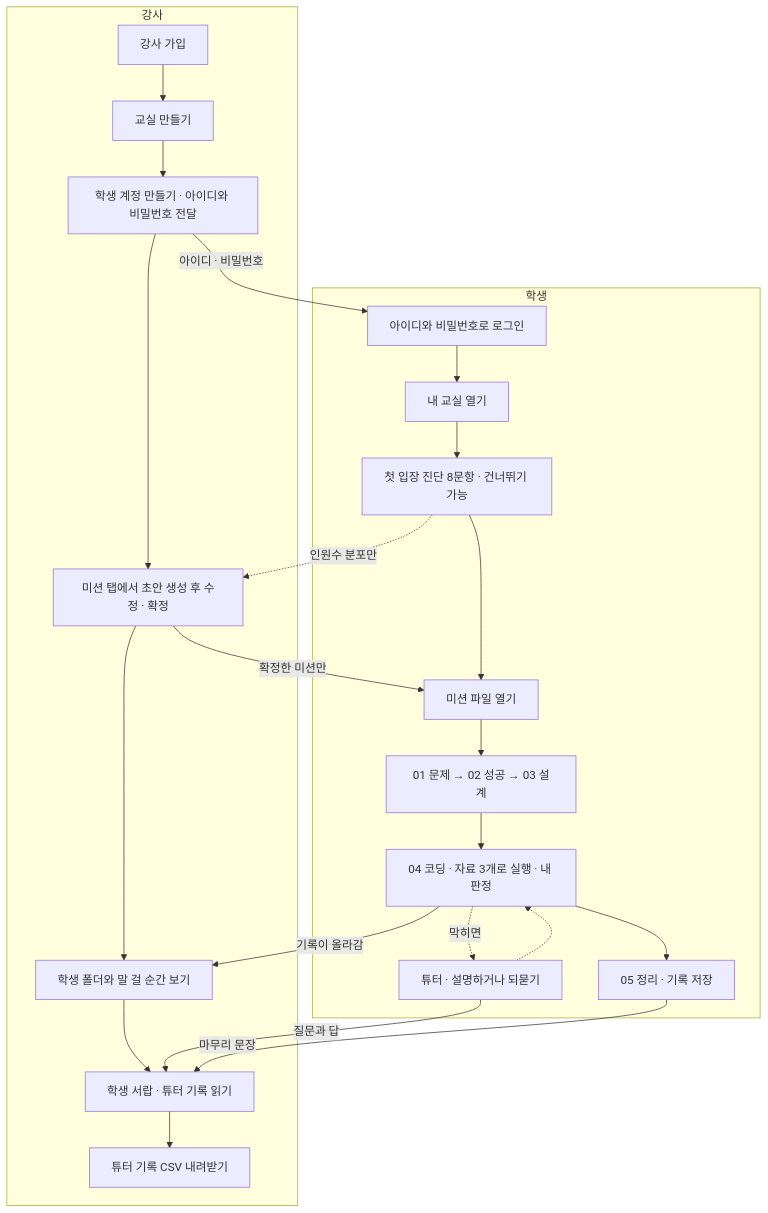
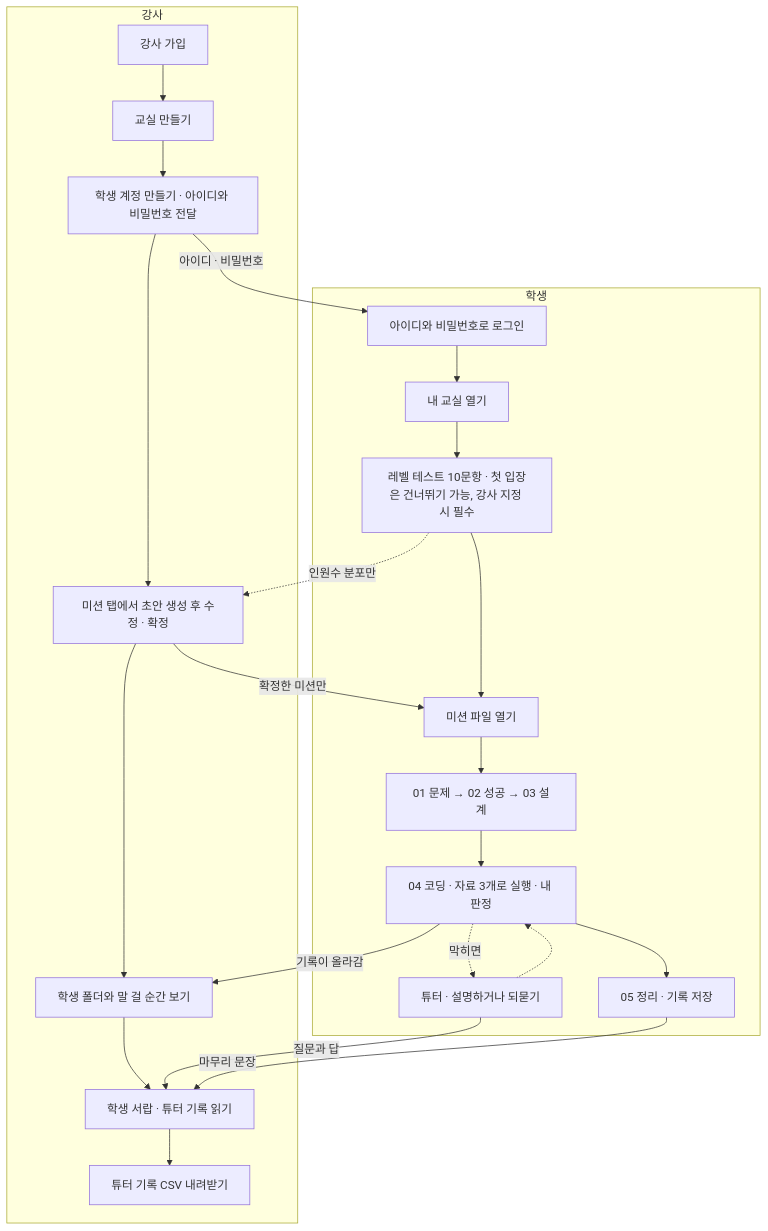
One commit to tomchaccom/Cut-Check changed the diagram in docs/수업-흐름.md. Above: the diagram before and after it, drawn with Mermaid. The commit also changed other lines of this file and 10 other files, not shown here.

````diff
--- a/docs/수업-흐름.md
+++ b/docs/수업-흐름.md
@@ -195,27 +202,27 @@
 ```mermaid
 flowchart TD
   subgraph T[강사]
     T1[강사 가입] --> T2[교실 만들기]
     T2 --> T3[학생 계정 만들기 · 아이디와 비밀번호 전달]
     T3 --> T4[미션 탭에서 초안 생성 후 수정 · 확정]
     T4 --> T5[학생 폴더와 말 걸 순간 보기]
     T5 --> T6[학생 서랍 · 튜터 기록 읽기]
     T6 --> T7[튜터 기록 CSV 내려받기]
   end
   subgraph S[학생]
     S1[아이디와 비밀번호로 로그인] --> S2[내 교실 열기]
-    S2 --> S3[첫 입장 진단 8문항 · 건너뛰기 가능]
+    S2 --> S3[레벨 테스트 10문항 · 첫 입장은 건너뛰기 가능, 강사 지정 시 필수]
     S3 --> S4[미션 파일 열기]
     S4 --> S5[01 문제 → 02 성공 → 03 설계]
     S5 --> S6[04 코딩 · 자료 3개로 실행 · 내 판정]
     S6 --> S7[05 정리 · 기록 저장]
     S6 -. 막히면 .-> TU[튜터 · 설명하거나 되묻기]
     TU -.-> S6
   end
   T3 -- 아이디 · 비밀번호 --> S1
   T4 -- 확정한 미션만 --> S4
   S3 -. 인원수 분포만 .-> T4
   S6 -- 기록이 올라감 --> T5
   TU -- 질문과 답 --> T6
   S7 -- 마무리 문장 --> T6
 ```
````
